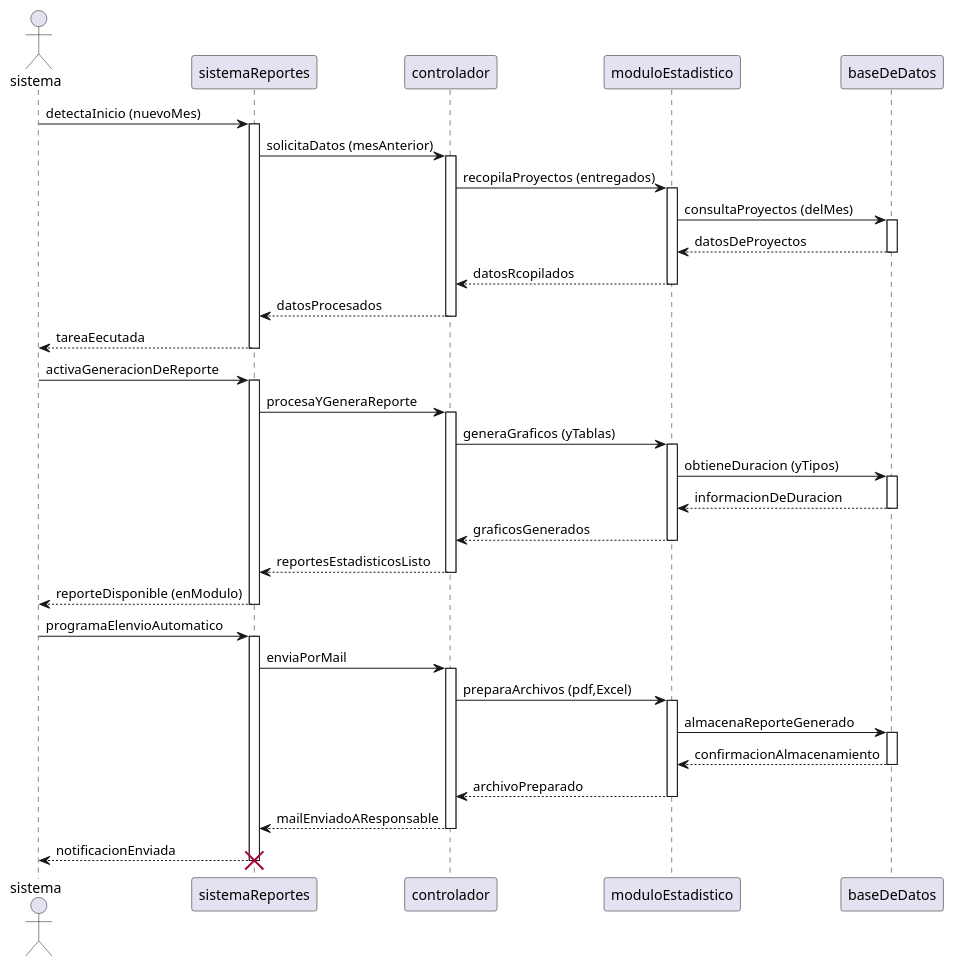
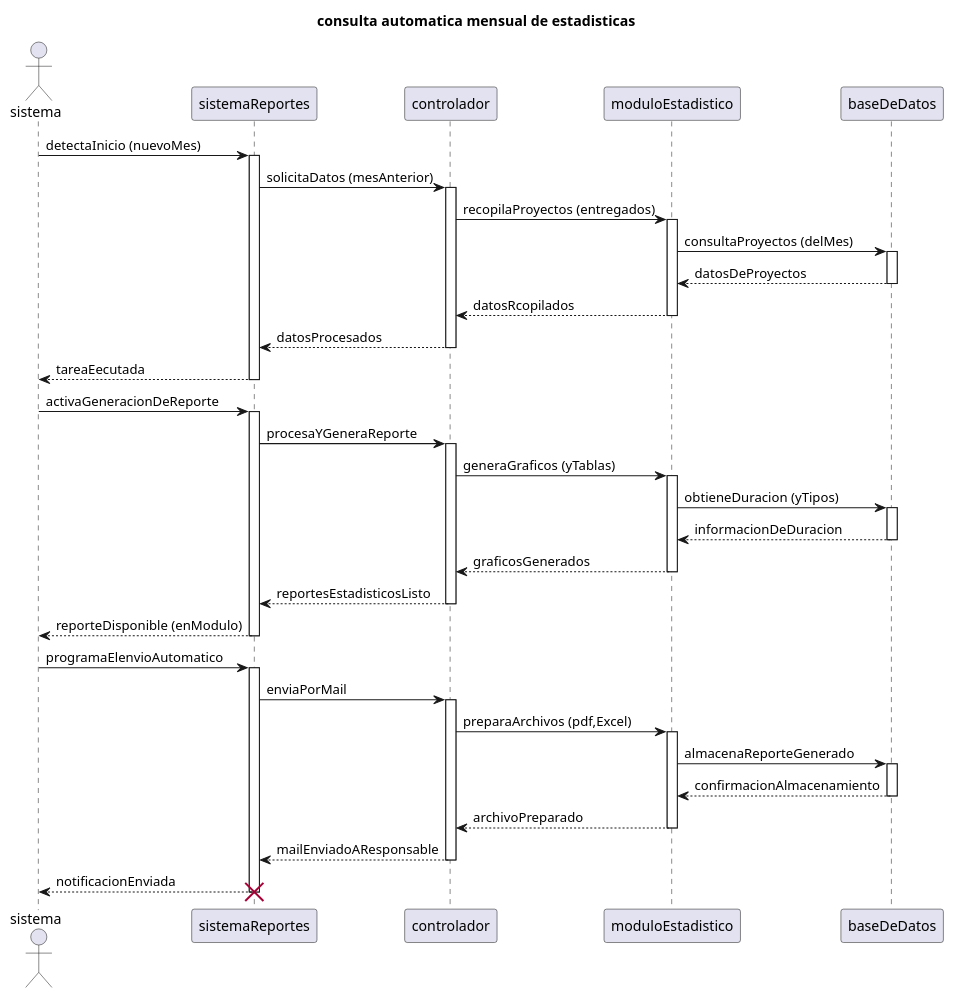
One commit to 9919-Mili/SistemaProductoraVideos changed the diagram in diagramas/05-diagramas-secuencia/05-secuencia-consulta-estadisticas-consulta-automatica-mensual-de-estadisticas-04.puml. Above: the diagram before and after it, drawn with PlantUML. The commit also changed 4 other files, not shown here.

```diff
--- a/diagramas/05-diagramas-secuencia/05-secuencia-consulta-estadisticas-consulta-automatica-mensual-de-estadisticas-04.puml
+++ b/diagramas/05-diagramas-secuencia/05-secuencia-consulta-estadisticas-consulta-automatica-mensual-de-estadisticas-04.puml
@@ -1,64 +1,64 @@
-@startuml consulta automatica mensual de estadisticas 
-
+@startuml 
+title consulta automatica mensual de estadisticas 
 actor sistema
 participant sistemaReportes
 participant controlador
 participant moduloEstadistico
 participant baseDeDatos
 
 sistema -> sistemaReportes: detectaInicio (nuevoMes)
 activate sistemaReportes
 sistemaReportes -> controlador: solicitaDatos (mesAnterior) 
 activate controlador
 controlador -> moduloEstadistico: recopilaProyectos (entregados) 
 activate moduloEstadistico
 moduloEstadistico -> baseDeDatos: consultaProyectos (delMes)
 activate baseDeDatos
 baseDeDatos --> moduloEstadistico: datosDeProyectos
 deactivate baseDeDatos
 moduloEstadistico --> controlador: datosRcopilados 
 deactivate moduloEstadistico
 controlador --> sistemaReportes: datosProcesados
 deactivate controlador
 sistemaReportes --> sistema: tareaEecutada
 deactivate sistemaReportes
 
 
 sistema -> sistemaReportes: activaGeneracionDeReporte
 activate sistemaReportes
 sistemaReportes -> controlador: procesaYGeneraReporte 
 activate controlador
 controlador -> moduloEstadistico: generaGraficos (yTablas) 
 activate moduloEstadistico
 moduloEstadistico -> baseDeDatos: obtieneDuracion (yTipos)
 activate baseDeDatos 
 baseDeDatos --> moduloEstadistico: informacionDeDuracion
 deactivate baseDeDatos
 moduloEstadistico --> controlador: graficosGenerados 
 deactivate moduloEstadistico
 controlador --> sistemaReportes: reportesEstadisticosListo
 deactivate controlador 
 sistemaReportes --> sistema: reporteDisponible (enModulo)
 deactivate sistemaReportes
 
 
 sistema -> sistemaReportes: programaElenvioAutomatico 
 activate sistemaReportes
 sistemaReportes -> controlador: enviaPorMail
 activate controlador
 controlador -> moduloEstadistico: preparaArchivos (pdf,Excel) 
 activate moduloEstadistico
 moduloEstadistico -> baseDeDatos: almacenaReporteGenerado 
 activate baseDeDatos
 baseDeDatos --> moduloEstadistico: confirmacionAlmacenamiento
 deactivate baseDeDatos
 moduloEstadistico --> controlador: archivoPreparado 
 deactivate moduloEstadistico
 controlador --> sistemaReportes: mailEnviadoAResponsable 
 deactivate controlador
 sistemaReportes --> sistema: notificacionEnviada 
 deactivate sistemaReportes
 
 destroy sistemaReportes
 
 @enduml
```
